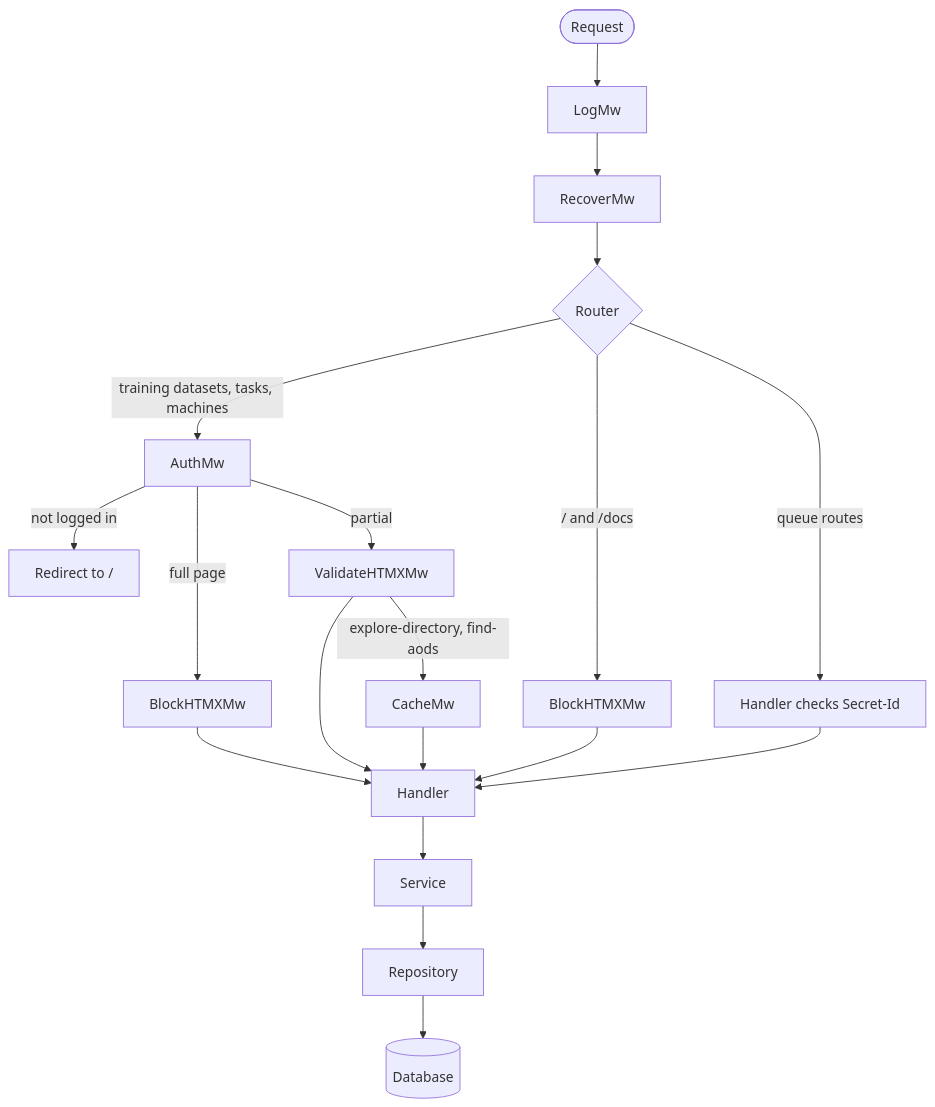
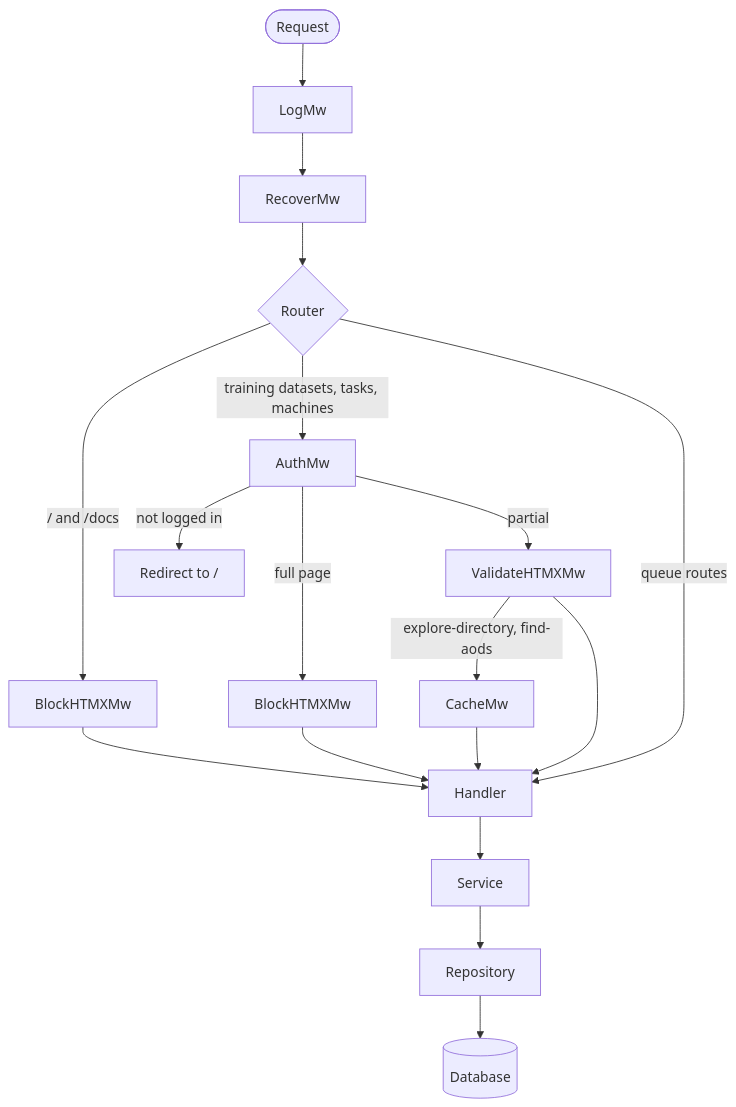
One commit to mytkom/AliceTraINT changed the second of 2 diagrams in docs/3-development/1-architecture.md. Above: the diagram before and after it, drawn with Mermaid.

Commit message:
docs: route queue requests straight to the handler in the diagram

````diff
--- a/docs/3-development/1-architecture.md
+++ b/docs/3-development/1-architecture.md
@@ -83,18 +83,17 @@
 ```mermaid
 flowchart TD
   accTitle: Request middleware
-  accDescr: A request passes LogMw and RecoverMw, then the router. Pages for training datasets, tasks and machines pass AuthMw, then BlockHTMXMw for full pages or ValidateHTMXMw for partials, then CacheMw on two JAliEn routes, then the handler. Public pages only block HTMX. Queue routes check the Secret-Id header in the handler.
+  accDescr: A request passes LogMw and RecoverMw, then the router. Pages for training datasets, tasks and machines pass AuthMw, then BlockHTMXMw for full pages or ValidateHTMXMw for partials, then CacheMw on two JAliEn routes, then the handler. Public pages only block HTMX. Queue routes have no middleware of their own and go straight to the handler.
 
   request([Request]) --> log[LogMw] --> recover[RecoverMw] --> router{Router}
   router -->|"/ and /docs"| public[BlockHTMXMw]
   router -->|training datasets, tasks, machines| auth[AuthMw]
-  router -->|queue routes| queue[Handler checks Secret-Id]
+  router -->|queue routes| handler
   auth -->|not logged in| redirect[Redirect to /]
   auth -->|full page| block[BlockHTMXMw]
   auth -->|partial| validate[ValidateHTMXMw]
   validate -->|explore-directory, find-aods| cachemw[CacheMw]
   block & validate & cachemw --> handler[Handler]
   public --> handler
-  queue --> handler
   handler --> service[Service] --> repository[Repository] --> db[(Database)]
 ```
````
